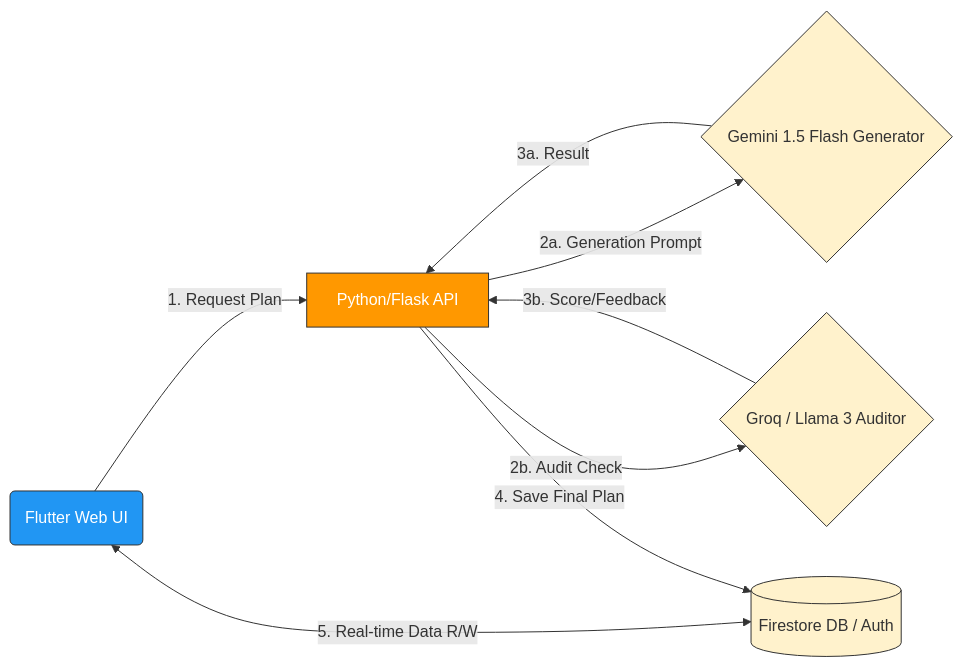
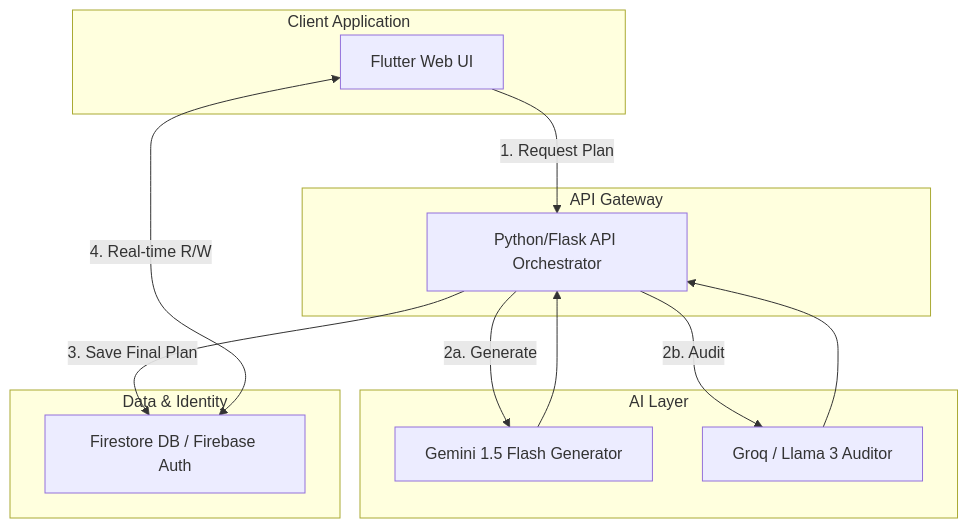
One commit to studentcodrr/ip_app changed the diagram in README.md. Above: the diagram before and after it, drawn with Mermaid.

Commit message:
Revise architecture diagram in README
Updated the architecture diagram to a top-down flow and improved visual clarity.

````diff
--- a/README.md
+++ b/README.md
@@ -9,31 +9,30 @@
 ```mermaid
-graph LR
-    %% Nodes and System Components
-    Client(Flutter Web UI)
-    API[Python/Flask API];
-    Gemini{Gemini 1.5 Flash Generator};
-    Groq{Groq / Llama 3 Auditor};
-    Firebase[(Firestore DB / Auth)];
+graph TD
+    %% Main Architecture Flow (Top-Down)
 
-    %% 1. Frontend Flow
-    Client --> |1. Request Plan| API;
-    Client <--> |5. Real-time Data R/W| Firebase;
+    subgraph Client Application
+        C[Flutter Web UI]
+    end
 
-    %% 2. Backend Orchestration Flow
-    API --> |2a. Generation Prompt| Gemini;
-    API --> |2b. Audit Check| Groq;
-    Gemini --> |3a. Result| API;
-    Groq --> |3b. Score/Feedback| API;
-    API --> |4. Save Final Plan| Firebase;
+    subgraph API Gateway
+        B[Python/Flask API Orchestrator]
+    end
 
-    %% Styling for Visual Clarity
-    classDef clientStyle fill:#2196F3,stroke:#333,color:#FFF;
-    classDef apiStyle fill:#FF9800,stroke:#333,color:#FFF;
-    classDef dbStyle fill:#FFF2CC,stroke:#333;
+    subgraph AI Layer
+        G[Gemini 1.5 Flash Generator]
+        L[Groq / Llama 3 Auditor]
+    end
 
-    class Client clientStyle
-    class API apiStyle
-    class Gemini dbStyle
-    class Groq dbStyle
-    class Firebase dbStyle
+    subgraph Data & Identity
+        D[Firestore DB / Firebase Auth]
+    end
+
+    %% Connections
+    C --> |1. Request Plan| B;
+    B --> |2a. Generate| G;
+    B --> |2b. Audit| L;
+    G --> B;
+    L --> B;
+    B --> |3. Save Final Plan| D;
+    C <--> |4. Real-time R/W| D;
 ```
````
